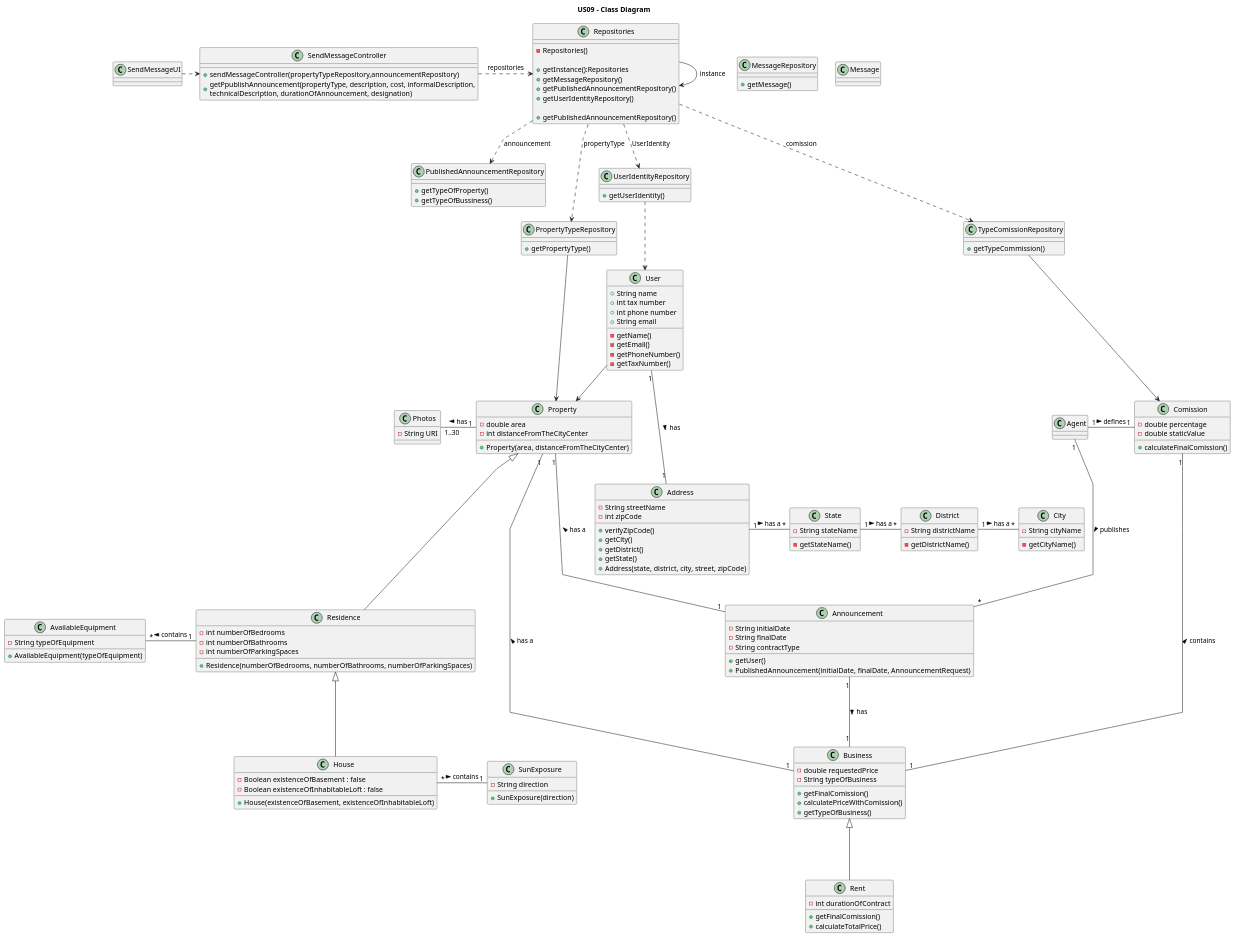
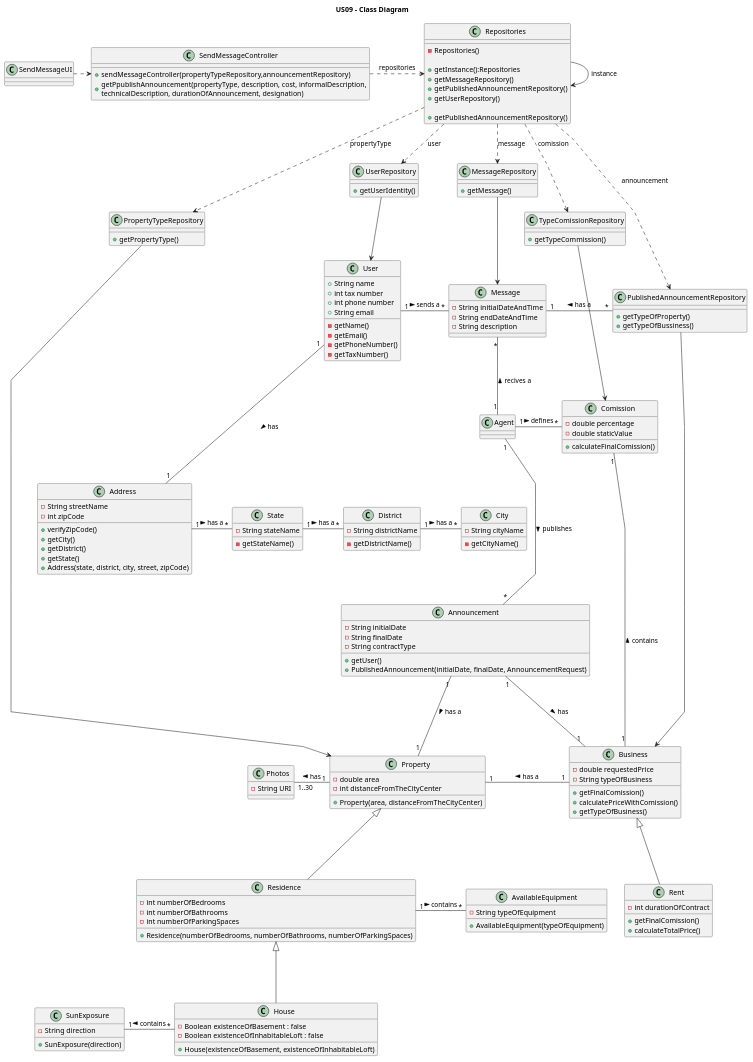
Before and after one commit to PureNimble/ISEP-LAPR2: the diagram in docs/sprintC/US09/03.design/puml/us09-class-diagram.puml, drawn with PlantUML. The commit also changed 4 other files, not shown here.

Commit message:
US09 Class diagram update Sequence Diagram Split Creation Sequence Diagram Partial (Get User Information) Creation Sequence Diagram Partial (Get Properties) Creation Sequence Diagram Partial (Create Message) Creation

```diff
--- a/docs/sprintC/US09/03.design/puml/us09-class-diagram.puml
+++ b/docs/sprintC/US09/03.design/puml/us09-class-diagram.puml
@@ -26,7 +26,7 @@
 +getInstance():Repositories
 +getMessageRepository()
 +getPublishedAnnouncementRepository()
-+getUserIdentityRepository()
++getUserRepository()
 
 }
 
@@ -41,7 +41,7 @@
     + getPropertyType()
 }
 
-class UserIdentityRepository{
+class UserRepository{
 +getUserIdentity()
 }
 
@@ -54,6 +54,9 @@
 }
 
 class Message {
+    - String initialDateAndTime
+    - String endDateAndTime
+    - String description
 
 }
 
@@ -189,10 +192,15 @@
 
 SendMessageController .> Repositories : repositories
 Repositories --> Repositories :instance
-Repositories ..> UserIdentityRepository : UserIdentity
+Repositories ..> UserRepository : user
 Repositories ..> TypeComissionRepository : comission
 Repositories ..> PublishedAnnouncementRepository : announcement
 Repositories ..> PropertyTypeRepository : propertyType
+Repositories ..> MessageRepository : message
+
+MessageRepository -down-> Message
+Agent "1" -up- "*" Message : recives a >
+Message "1" -right- "*" PublishedAnnouncementRepository: has a <
 
 
 
@@ -201,7 +209,7 @@
 Property <|-down-- Residence
 Property "1" -left- "1..30" Photos: has >
 SunExposure "1" --right- "*" House: contains <
-AvailableEquipment "*" -right- "1" Residence: contains <
+AvailableEquipment "*" -left- "1" Residence: contains <
 
 
 
@@ -210,17 +218,17 @@
 City "*"-left- "1" District: has a  <
 District "*"-left- "1" State: has a  <
 User "1" --- "1" Address: has >
-UserIdentityRepository ..> User
-User --> Property
-
+UserRepository --> User
+PublishedAnnouncementRepository --> Business
+User "1"-right-"*" Message : sends a >
 
 
 TypeComissionRepository -down-> Comission
-Comission "1" -up "1" Agent: defines <
+Comission "*" -up "1" Agent: defines <
 Comission "1" -- "1" Business: contains <
 Property "1" - "1" Business: has a <
 Announcement "1" --- "1" Business: has >
-Announcement "1" --up- "1" Property: has a >
+Announcement "1" --down- "1" Property: has a >
 Announcement "*" -up-- "1" Agent: publishes <
 Business <|--- Rent
 
```
